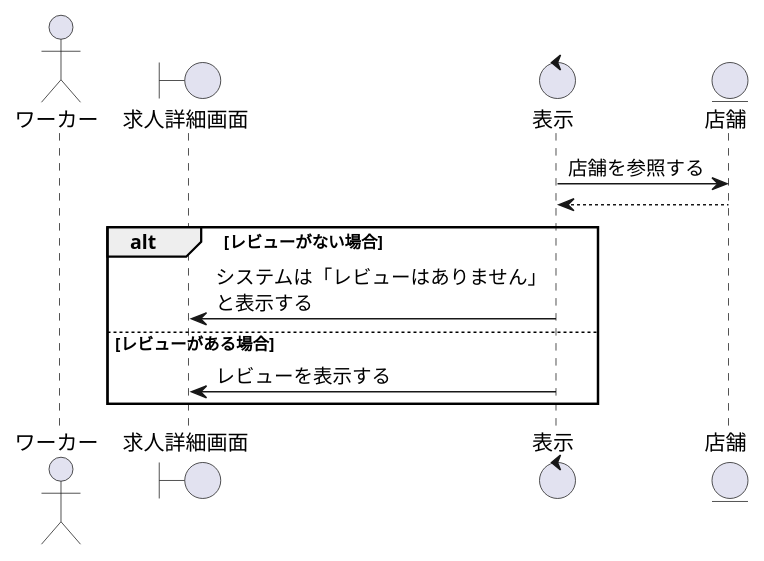
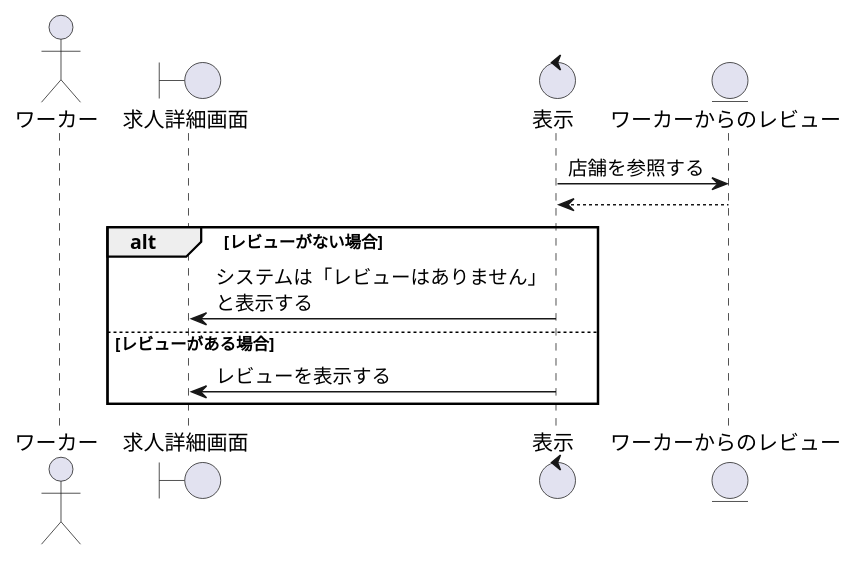
One commit to irukacb256/high_Me changed the diagram in sequence_fig/2_search_fn/04_レビューを閲覧する.pu. Above: the diagram before and after it, drawn with PlantUML. The commit also changed 39 other files, not shown here.

```diff
--- a/sequence_fig/2_search_fn/04_レビューを閲覧する.pu
+++ b/sequence_fig/2_search_fn/04_レビューを閲覧する.pu
@@ -1,21 +1,21 @@
 @startuml レビューを閲覧する
 
 ' 1
 actor ワーカー as wo1
 boundary 求人詳細画面 as jd1
 control 表示 as co1
-entity 店舗 as en1
+entity ワーカーからのレビュー as en1
 
 ' 2
 co1 -> en1 : 店舗を参照する
 en1 --> co1 
 
 alt レビューがない場合
     co1 -> jd1 : システムは「レビューはありません」\nと表示する
 
 else レビューがある場合
     co1 -> jd1 : レビューを表示する
 
 end
 
 @enduml
```
